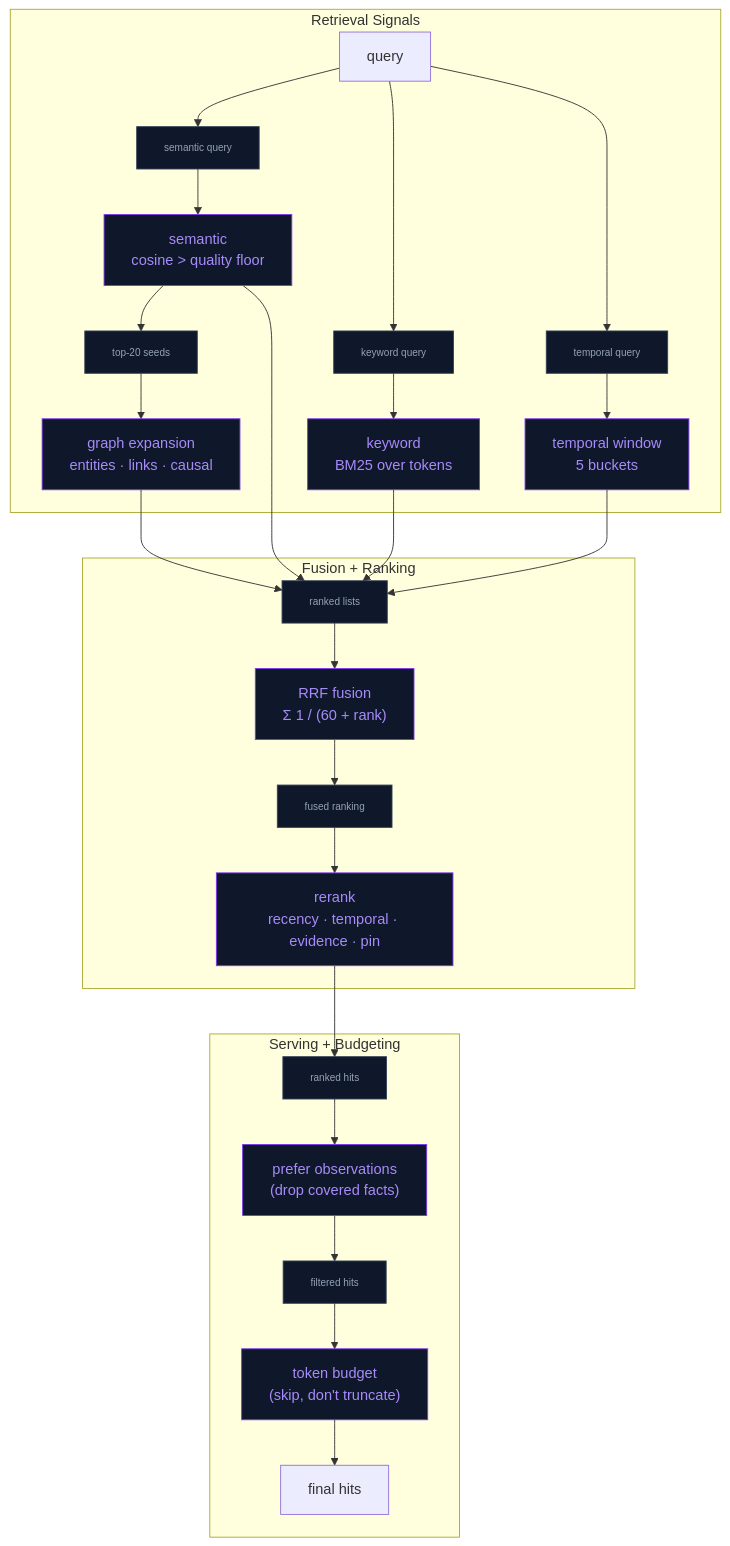
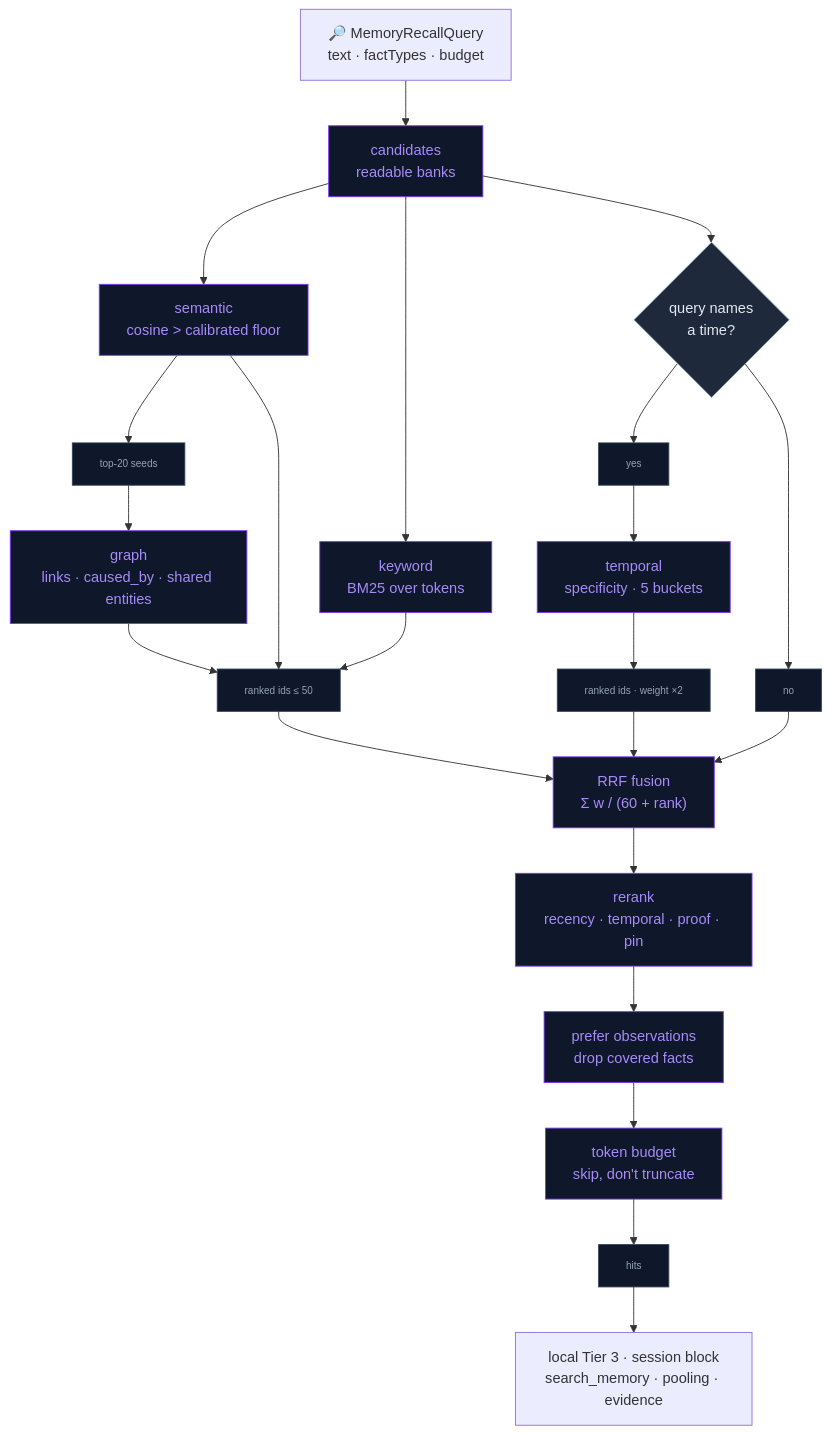
The second of 2 diagrams in docs/Memory/AGENTIC_MEMORY.md (kevinliddel/NeuraLink), drawn with Mermaid before and after one commit. The commit also changed other lines of this file and 21 other files, not shown here.

````diff
--- a/docs/Memory/AGENTIC_MEMORY.md
+++ b/docs/Memory/AGENTIC_MEMORY.md
@@ -91,44 +213,32 @@
 ```mermaid
-graph TD
-    Q["query"]
+flowchart TD
+    Q["🔎 MemoryRecallQuery<br/>text · factTypes · budget"] --> POOL["candidates<br/>readable banks"]
+    POOL --> SEM["semantic<br/>cosine > calibrated floor"]
+    POOL --> KW["keyword<br/>BM25 over tokens"]
+    SEM --> D1["top-20 seeds"] --> GR["graph<br/>links · caused_by · shared entities"]
+    POOL --> TW{"query names<br/>a time?"}
+    TW --> D2["yes"] --> TEMP["temporal<br/>specificity · 5 buckets"]
 
-    %% =======================
-    %% Retrieval Stage
-    %% =======================
-    subgraph Retrieval["Retrieval Signals"]
-        Q --> D1["semantic query"] --> S["semantic<br/>cosine > quality floor"]
-        Q --> D2["keyword query"] --> K["keyword<br/>BM25 over tokens"]
-        Q --> D3["temporal query"] --> TP["temporal window<br/>5 buckets"]
+    SEM --> D3["ranked ids ≤ 50"]
+    KW --> D3
+    GR --> D3
+    TW --> D4["no"] --> RRF
+    TEMP --> D5["ranked ids · weight ×2"] --> RRF
+    D3 --> RRF["RRF fusion<br/>Σ w / (60 + rank)"]
 
-        S --> D4["top-20 seeds"] --> G["graph expansion<br/>entities · links · causal"]
-    end
-
-    %% =======================
-    %% Fusion Stage
-    %% =======================
-    subgraph Fusion["Fusion + Ranking"]
-        S --> D5["ranked lists"]
-        K --> D5
-        G --> D5
-        TP --> D5
-
-        D5 --> RRF["RRF fusion<br/>Σ 1 / (60 + rank)"]
-        RRF --> D6["fused ranking"] --> RR["rerank<br/>recency · temporal · evidence · pin"]
-    end
-
-    %% =======================
-    %% Serving Stage
-    %% =======================
-    subgraph Serving["Serving + Budgeting"]
-        RR --> D7["ranked hits"] --> PO["prefer observations<br/>(drop covered facts)"]
-        PO --> D8["filtered hits"] --> BUD["token budget<br/>(skip, don't truncate)"]
-        BUD --> OUT["final hits"]
-    end
+    RRF --> RR["rerank<br/>recency · temporal · proof · pin"]
+    RR --> PO["prefer observations<br/>drop covered facts"]
+    PO --> BUD["token budget<br/>skip, don't truncate"]
+    BUD --> D6["hits"] --> USE["local Tier 3 · session block<br/>search_memory · pooling · evidence"]
 
     %% Styles
     classDef core fill:#0f172a,stroke:#7c3aed,color:#a78bfa
+    classDef decision fill:#1e293b,stroke:#94a3b8,color:#e2e8f0
+
+    class POOL,SEM,KW,GR,TEMP,RRF,RR,PO,BUD core
+    class TW decision
+
+    %% Data nodes (consistent system-wide)
     classDef data fill:#0f172a,stroke:#334155,color:#94a3b8,font-size:11px
-
-    class S,K,G,TP,RRF,RR,PO,BUD core
-    class D1,D2,D3,D4,D5,D6,D7,D8 data
+    class D1,D2,D3,D4,D5,D6 data
 ```
````
